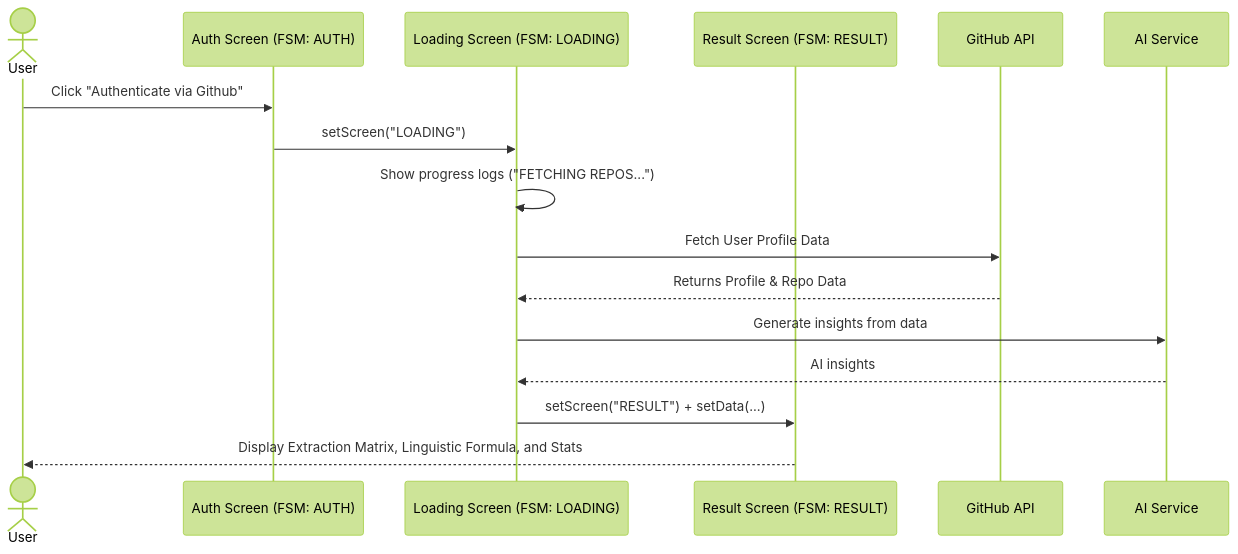
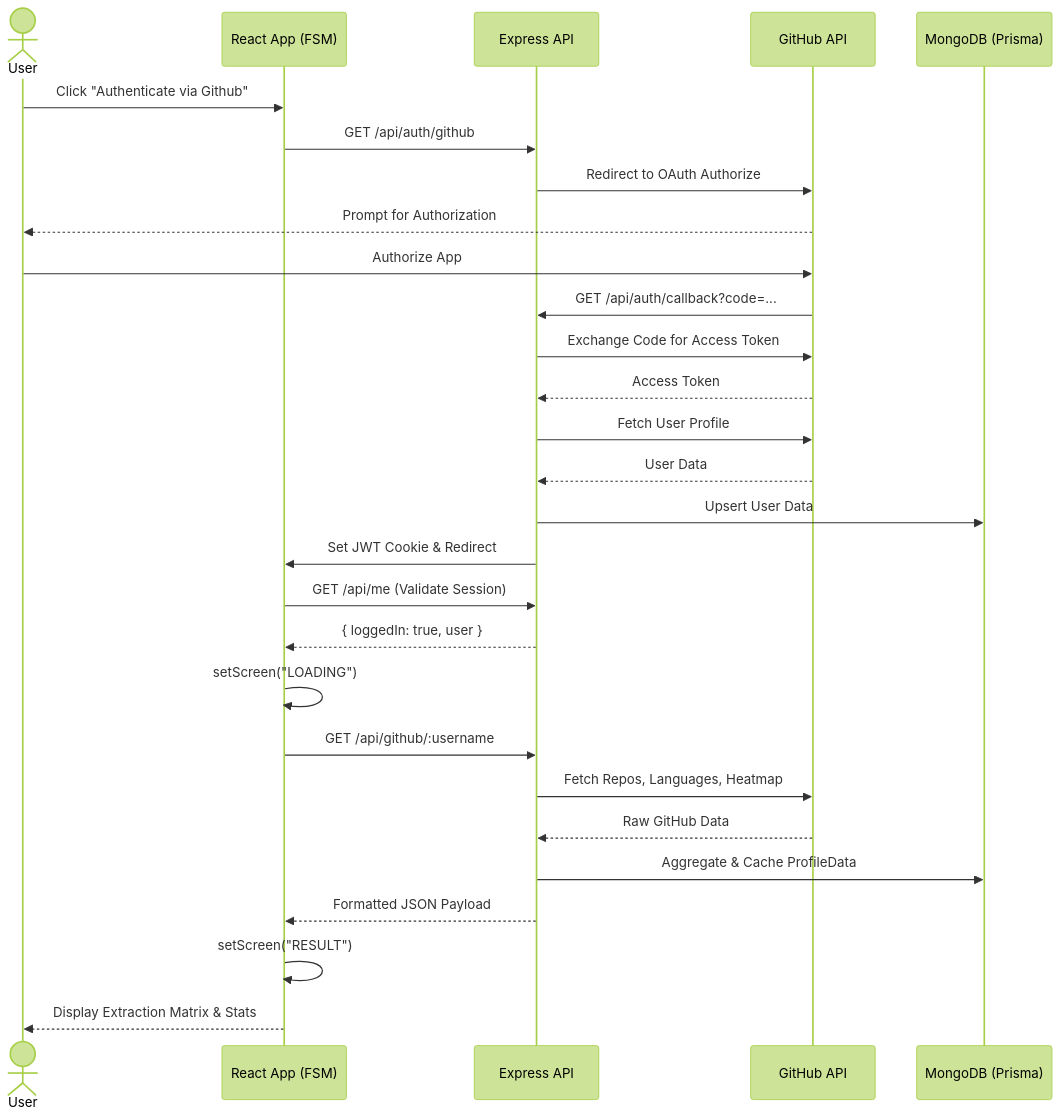
The diagram in sequenceDiagram.md (bhavish-codes/sesd-project-sem4), drawn with Mermaid (forest theme) before and after one commit. The commit also changed 9 other files, not shown here.

````diff
--- a/sequenceDiagram.md
+++ b/sequenceDiagram.md
@@ -1,23 +1,36 @@
 ```mermaid
 sequenceDiagram
     actor User
-    participant AuthScreen as Auth Screen (FSM: AUTH)
-    participant LoadingScreen as Loading Screen (FSM: LOADING)
-    participant ResultScreen as Result Screen (FSM: RESULT)
-    participant GitHubAPI as GitHub API
-    participant AIService as AI Service
+    participant Frontend as React App (FSM)
+    participant Backend as Express API
+    participant GitHub as GitHub API
+    participant DB as MongoDB (Prisma)
 
-    User->>AuthScreen: Click "Authenticate via Github"
-    AuthScreen->>LoadingScreen: setScreen("LOADING")
+    User->>Frontend: Click "Authenticate via Github"
+    Frontend->>Backend: GET /api/auth/github
+    Backend->>GitHub: Redirect to OAuth Authorize
+    GitHub-->>User: Prompt for Authorization
+    User->>GitHub: Authorize App
+    GitHub->>Backend: GET /api/auth/callback?code=...
     
-    LoadingScreen->>LoadingScreen: Show progress logs ("FETCHING REPOS...")
-    LoadingScreen->>GitHubAPI: Fetch User Profile Data
-    GitHubAPI-->>LoadingScreen: Returns Profile & Repo Data
+    Backend->>GitHub: Exchange Code for Access Token
+    GitHub-->>Backend: Access Token
+    Backend->>GitHub: Fetch User Profile
+    GitHub-->>Backend: User Data
     
-    LoadingScreen->>AIService: Generate insights from data
-    AIService-->>LoadingScreen: AI insights
+    Backend->>DB: Upsert User Data
+    Backend->>Frontend: Set JWT Cookie & Redirect
     
-    LoadingScreen->>ResultScreen: setScreen("RESULT") + setData(...)
+    Frontend->>Backend: GET /api/me (Validate Session)
+    Backend-->>Frontend: { loggedIn: true, user }
+    Frontend->>Frontend: setScreen("LOADING")
     
-    ResultScreen-->>User: Display Extraction Matrix, Linguistic Formula, and Stats
+    Frontend->>Backend: GET /api/github/:username
+    Backend->>GitHub: Fetch Repos, Languages, Heatmap
+    GitHub-->>Backend: Raw GitHub Data
+    Backend->>DB: Aggregate & Cache ProfileData
+    Backend-->>Frontend: Formatted JSON Payload
+    
+    Frontend->>Frontend: setScreen("RESULT")
+    Frontend-->>User: Display Extraction Matrix & Stats
 ```
````
